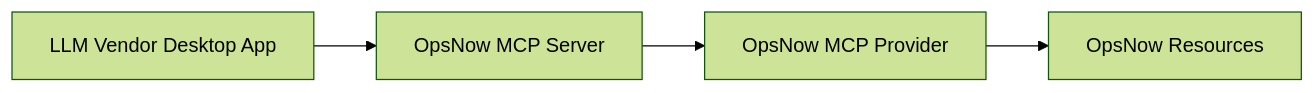
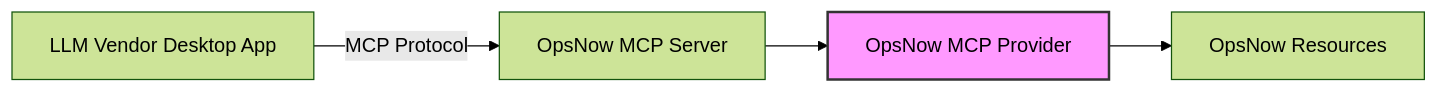
The diagram in README.md (taejulee/opsnow-mcp-provider), drawn with Mermaid (forest theme) before and after one commit.

Commit message:
docs: Update README.md with Mermaid diagram and system structure

````diff
--- a/README.md
+++ b/README.md
@@ -7,6 +7,8 @@
 ```mermaid
 graph LR
-    A[LLM Vendor Desktop App] --> B[OpsNow MCP Server]
-    B --> C[OpsNow MCP Provider]
+    A[LLM Vendor Desktop App] --> |MCP Protocol| B[OpsNow MCP Server]
+    B --> C[OpsNow MCP Provider]:::highlight
     C --> D[OpsNow Resources]
+    
+    classDef highlight fill:#f9f,stroke:#333,stroke-width:2px;
 ```
````
